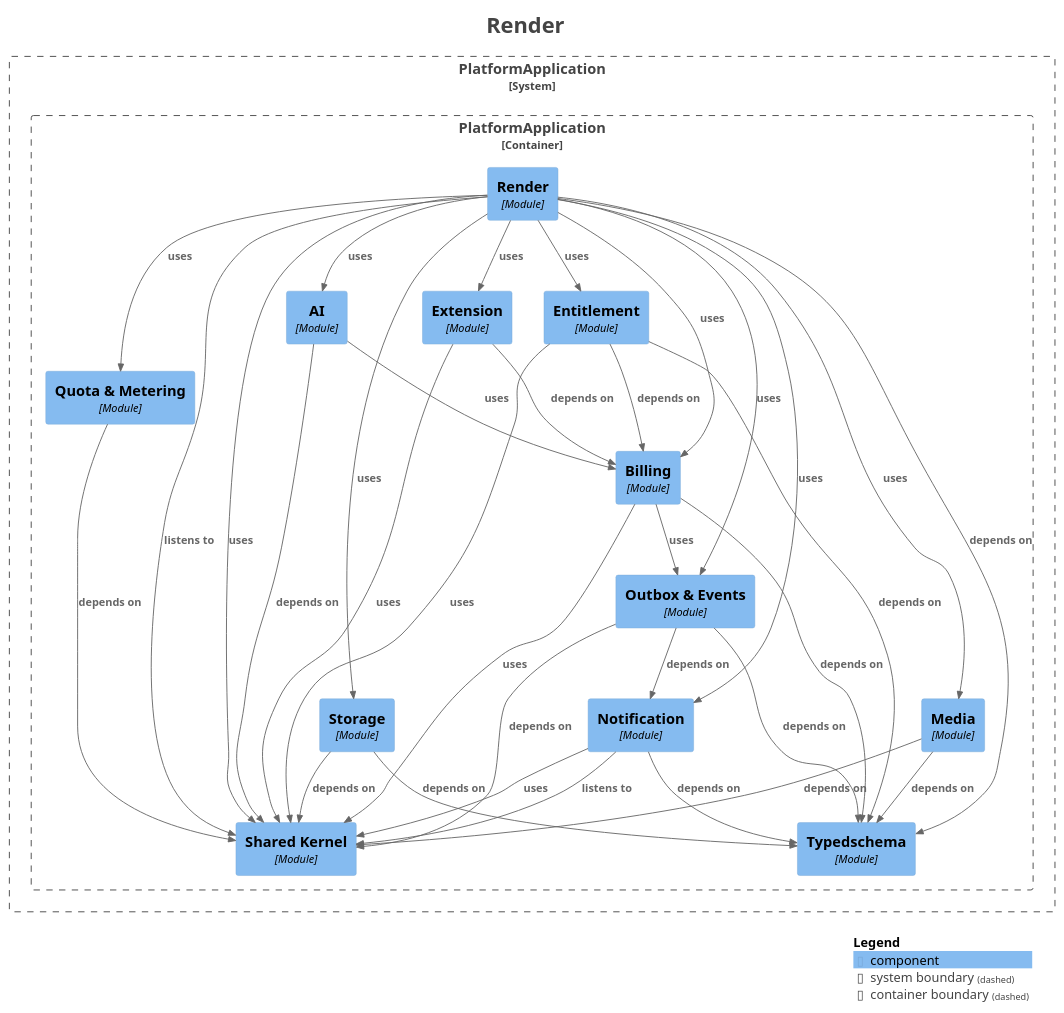
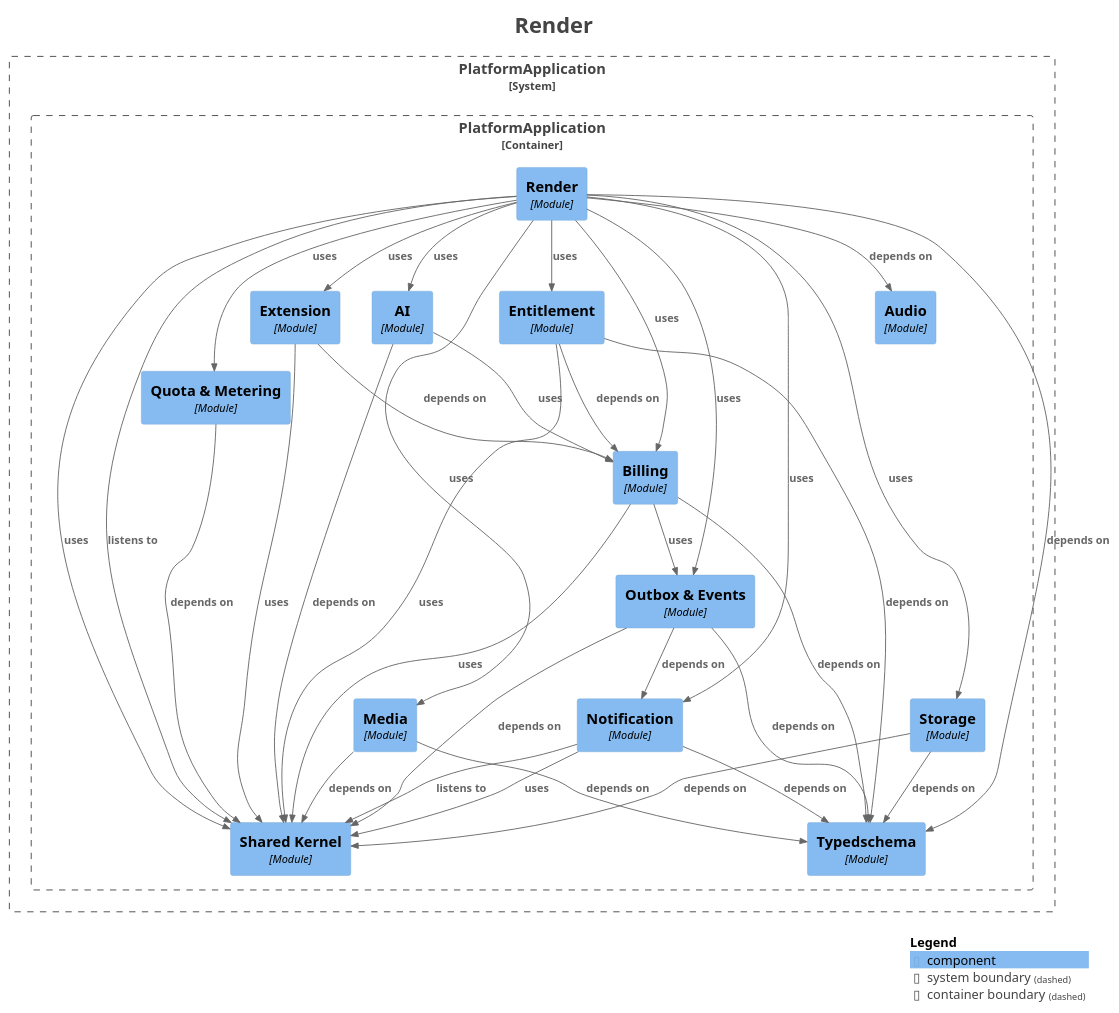
One commit to shangxq007/media-platform changed the diagram in platform-app/docs/architecture/maps/generated/modulith/module-render.puml. Above: the diagram before and after it, drawn with PlantUML. The commit also changed 46 other files, not shown here.

First line of the commit message:
AUDIO_V2: canonical Audio Mix authority + Timeline revision integration (A1-A16)

```diff
--- a/platform-app/docs/architecture/maps/generated/modulith/module-render.puml
+++ b/platform-app/docs/architecture/maps/generated/modulith/module-render.puml
@@ -1,72 +1,74 @@
 @startuml
 title <size:24>Render</size>
 
 set separator none
 top to bottom direction
 
 <style>
   root {
     BackgroundColor: #ffffff
     FontColor: #444444
   }
 </style>
 
 !include <C4/C4>
 !include <C4/C4_Context>
 !include <C4/C4_Component>
 
 System_Boundary("PlatformApplication_boundary", "PlatformApplication", $tags="") {
   Container_Boundary("PlatformApplication.PlatformApplication_boundary", "PlatformApplication", $tags="") {
     Component(PlatformApplication.PlatformApplication.Entitlement, "Entitlement", $techn="Module", $descr="", $tags="", $link="")
     Component(PlatformApplication.PlatformApplication.Extension, "Extension", $techn="Module", $descr="", $tags="", $link="")
     Component(PlatformApplication.PlatformApplication.Media, "Media", $techn="Module", $descr="", $tags="", $link="")
     Component(PlatformApplication.PlatformApplication.Notification, "Notification", $techn="Module", $descr="", $tags="", $link="")
     Component(PlatformApplication.PlatformApplication.OutboxEvents, "Outbox & Events", $techn="Module", $descr="", $tags="", $link="")
     Component(PlatformApplication.PlatformApplication.AI, "AI", $techn="Module", $descr="", $tags="", $link="")
     Component(PlatformApplication.PlatformApplication.QuotaMetering, "Quota & Metering", $techn="Module", $descr="", $tags="", $link="")
     Component(PlatformApplication.PlatformApplication.Render, "Render", $techn="Module", $descr="", $tags="", $link="")
     Component(PlatformApplication.PlatformApplication.SharedKernel, "Shared Kernel", $techn="Module", $descr="", $tags="", $link="")
     Component(PlatformApplication.PlatformApplication.Storage, "Storage", $techn="Module", $descr="", $tags="", $link="")
     Component(PlatformApplication.PlatformApplication.Typedschema, "Typedschema", $techn="Module", $descr="", $tags="", $link="")
+    Component(PlatformApplication.PlatformApplication.Audio, "Audio", $techn="Module", $descr="", $tags="", $link="")
     Component(PlatformApplication.PlatformApplication.Billing, "Billing", $techn="Module", $descr="", $tags="", $link="")
   }
 
 }
 
+Rel(PlatformApplication.PlatformApplication.Entitlement, PlatformApplication.PlatformApplication.Billing, "depends on", $techn="", $tags="", $link="")
+Rel(PlatformApplication.PlatformApplication.Entitlement, PlatformApplication.PlatformApplication.Typedschema, "depends on", $techn="", $tags="", $link="")
+Rel(PlatformApplication.PlatformApplication.Entitlement, PlatformApplication.PlatformApplication.SharedKernel, "uses", $techn="", $tags="", $link="")
+Rel(PlatformApplication.PlatformApplication.Media, PlatformApplication.PlatformApplication.SharedKernel, "depends on", $techn="", $tags="", $link="")
+Rel(PlatformApplication.PlatformApplication.Media, PlatformApplication.PlatformApplication.Typedschema, "depends on", $techn="", $tags="", $link="")
+Rel(PlatformApplication.PlatformApplication.Notification, PlatformApplication.PlatformApplication.SharedKernel, "listens to", $techn="", $tags="", $link="")
+Rel(PlatformApplication.PlatformApplication.Notification, PlatformApplication.PlatformApplication.Typedschema, "depends on", $techn="", $tags="", $link="")
+Rel(PlatformApplication.PlatformApplication.Notification, PlatformApplication.PlatformApplication.SharedKernel, "uses", $techn="", $tags="", $link="")
+Rel(PlatformApplication.PlatformApplication.AI, PlatformApplication.PlatformApplication.SharedKernel, "depends on", $techn="", $tags="", $link="")
+Rel(PlatformApplication.PlatformApplication.AI, PlatformApplication.PlatformApplication.Billing, "uses", $techn="", $tags="", $link="")
 Rel(PlatformApplication.PlatformApplication.Billing, PlatformApplication.PlatformApplication.Typedschema, "depends on", $techn="", $tags="", $link="")
 Rel(PlatformApplication.PlatformApplication.Billing, PlatformApplication.PlatformApplication.SharedKernel, "uses", $techn="", $tags="", $link="")
 Rel(PlatformApplication.PlatformApplication.Billing, PlatformApplication.PlatformApplication.OutboxEvents, "uses", $techn="", $tags="", $link="")
-Rel(PlatformApplication.PlatformApplication.Entitlement, PlatformApplication.PlatformApplication.Billing, "depends on", $techn="", $tags="", $link="")
-Rel(PlatformApplication.PlatformApplication.Entitlement, PlatformApplication.PlatformApplication.Typedschema, "depends on", $techn="", $tags="", $link="")
-Rel(PlatformApplication.PlatformApplication.Entitlement, PlatformApplication.PlatformApplication.SharedKernel, "uses", $techn="", $tags="", $link="")
-Rel(PlatformApplication.PlatformApplication.QuotaMetering, PlatformApplication.PlatformApplication.SharedKernel, "depends on", $techn="", $tags="", $link="")
+Rel(PlatformApplication.PlatformApplication.Storage, PlatformApplication.PlatformApplication.Typedschema, "depends on", $techn="", $tags="", $link="")
+Rel(PlatformApplication.PlatformApplication.Storage, PlatformApplication.PlatformApplication.SharedKernel, "depends on", $techn="", $tags="", $link="")
 Rel(PlatformApplication.PlatformApplication.Render, PlatformApplication.PlatformApplication.SharedKernel, "listens to", $techn="", $tags="", $link="")
 Rel(PlatformApplication.PlatformApplication.Render, PlatformApplication.PlatformApplication.Typedschema, "depends on", $techn="", $tags="", $link="")
+Rel(PlatformApplication.PlatformApplication.Render, PlatformApplication.PlatformApplication.Audio, "depends on", $techn="", $tags="", $link="")
 Rel(PlatformApplication.PlatformApplication.Render, PlatformApplication.PlatformApplication.Storage, "uses", $techn="", $tags="", $link="")
 Rel(PlatformApplication.PlatformApplication.Render, PlatformApplication.PlatformApplication.AI, "uses", $techn="", $tags="", $link="")
 Rel(PlatformApplication.PlatformApplication.Render, PlatformApplication.PlatformApplication.Notification, "uses", $techn="", $tags="", $link="")
 Rel(PlatformApplication.PlatformApplication.Render, PlatformApplication.PlatformApplication.Entitlement, "uses", $techn="", $tags="", $link="")
 Rel(PlatformApplication.PlatformApplication.Render, PlatformApplication.PlatformApplication.Billing, "uses", $techn="", $tags="", $link="")
 Rel(PlatformApplication.PlatformApplication.Render, PlatformApplication.PlatformApplication.Extension, "uses", $techn="", $tags="", $link="")
 Rel(PlatformApplication.PlatformApplication.Render, PlatformApplication.PlatformApplication.OutboxEvents, "uses", $techn="", $tags="", $link="")
 Rel(PlatformApplication.PlatformApplication.Render, PlatformApplication.PlatformApplication.Media, "uses", $techn="", $tags="", $link="")
 Rel(PlatformApplication.PlatformApplication.Render, PlatformApplication.PlatformApplication.SharedKernel, "uses", $techn="", $tags="", $link="")
 Rel(PlatformApplication.PlatformApplication.Render, PlatformApplication.PlatformApplication.QuotaMetering, "uses", $techn="", $tags="", $link="")
-Rel(PlatformApplication.PlatformApplication.Storage, PlatformApplication.PlatformApplication.Typedschema, "depends on", $techn="", $tags="", $link="")
-Rel(PlatformApplication.PlatformApplication.Storage, PlatformApplication.PlatformApplication.SharedKernel, "depends on", $techn="", $tags="", $link="")
-Rel(PlatformApplication.PlatformApplication.Media, PlatformApplication.PlatformApplication.SharedKernel, "depends on", $techn="", $tags="", $link="")
-Rel(PlatformApplication.PlatformApplication.Media, PlatformApplication.PlatformApplication.Typedschema, "depends on", $techn="", $tags="", $link="")
-Rel(PlatformApplication.PlatformApplication.Notification, PlatformApplication.PlatformApplication.SharedKernel, "listens to", $techn="", $tags="", $link="")
-Rel(PlatformApplication.PlatformApplication.Notification, PlatformApplication.PlatformApplication.Typedschema, "depends on", $techn="", $tags="", $link="")
-Rel(PlatformApplication.PlatformApplication.Notification, PlatformApplication.PlatformApplication.SharedKernel, "uses", $techn="", $tags="", $link="")
-Rel(PlatformApplication.PlatformApplication.Extension, PlatformApplication.PlatformApplication.Billing, "depends on", $techn="", $tags="", $link="")
-Rel(PlatformApplication.PlatformApplication.Extension, PlatformApplication.PlatformApplication.SharedKernel, "uses", $techn="", $tags="", $link="")
-Rel(PlatformApplication.PlatformApplication.AI, PlatformApplication.PlatformApplication.SharedKernel, "depends on", $techn="", $tags="", $link="")
-Rel(PlatformApplication.PlatformApplication.AI, PlatformApplication.PlatformApplication.Billing, "uses", $techn="", $tags="", $link="")
 Rel(PlatformApplication.PlatformApplication.OutboxEvents, PlatformApplication.PlatformApplication.SharedKernel, "depends on", $techn="", $tags="", $link="")
 Rel(PlatformApplication.PlatformApplication.OutboxEvents, PlatformApplication.PlatformApplication.Notification, "depends on", $techn="", $tags="", $link="")
 Rel(PlatformApplication.PlatformApplication.OutboxEvents, PlatformApplication.PlatformApplication.Typedschema, "depends on", $techn="", $tags="", $link="")
+Rel(PlatformApplication.PlatformApplication.Extension, PlatformApplication.PlatformApplication.Billing, "depends on", $techn="", $tags="", $link="")
+Rel(PlatformApplication.PlatformApplication.Extension, PlatformApplication.PlatformApplication.SharedKernel, "uses", $techn="", $tags="", $link="")
+Rel(PlatformApplication.PlatformApplication.QuotaMetering, PlatformApplication.PlatformApplication.SharedKernel, "depends on", $techn="", $tags="", $link="")
 
 SHOW_LEGEND(true)
 hide stereotypes
 @enduml
```
